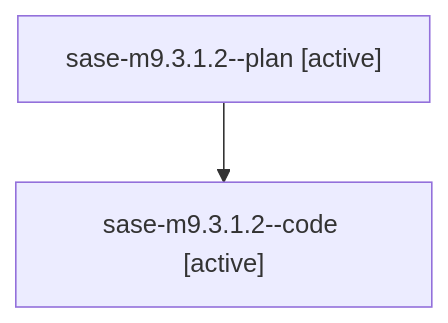
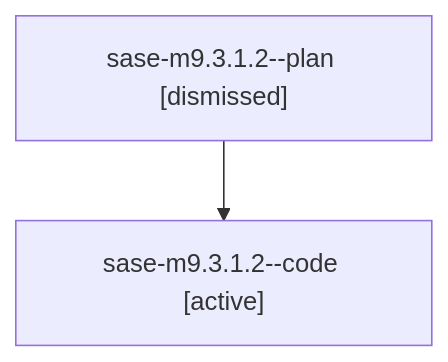
One commit to sase-org/sase--agents changed the diagram in families/bbugyi200.athena.sase-m9.3.1.2.md. Above: the diagram before and after it, drawn with Mermaid. The commit also changed other lines of this file and 147 other files, not shown here.

````diff
--- a/families/bbugyi200.athena.sase-m9.3.1.2.md
+++ b/families/bbugyi200.athena.sase-m9.3.1.2.md
@@ -9,6 +9,6 @@
 ```mermaid
 flowchart TD
-  n0["sase-m9.3.1.2--plan [active]"]
+  n0["sase-m9.3.1.2--plan [dismissed]"]
   n1["sase-m9.3.1.2--code [active]"]
   n0 --> n1
 ```
````
